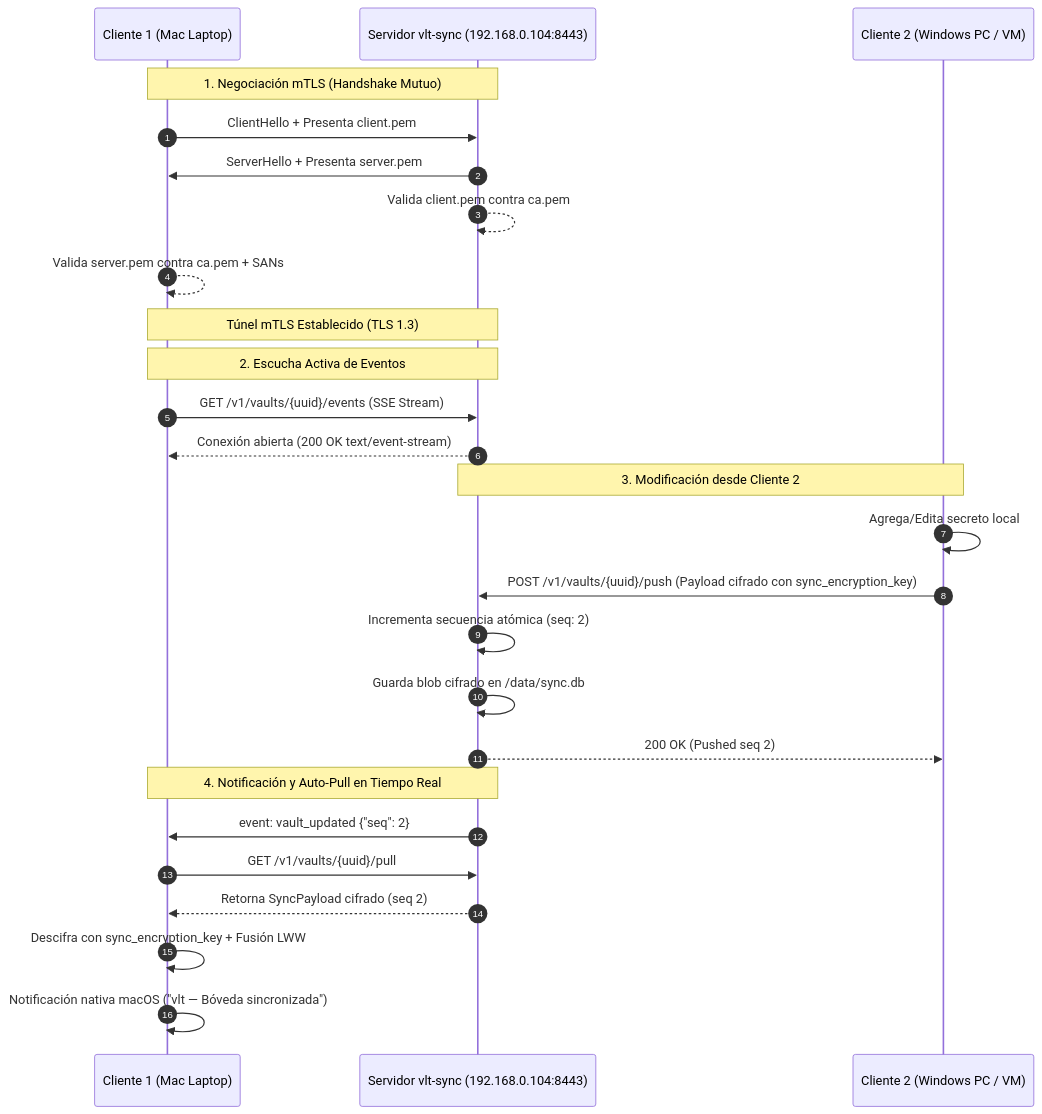
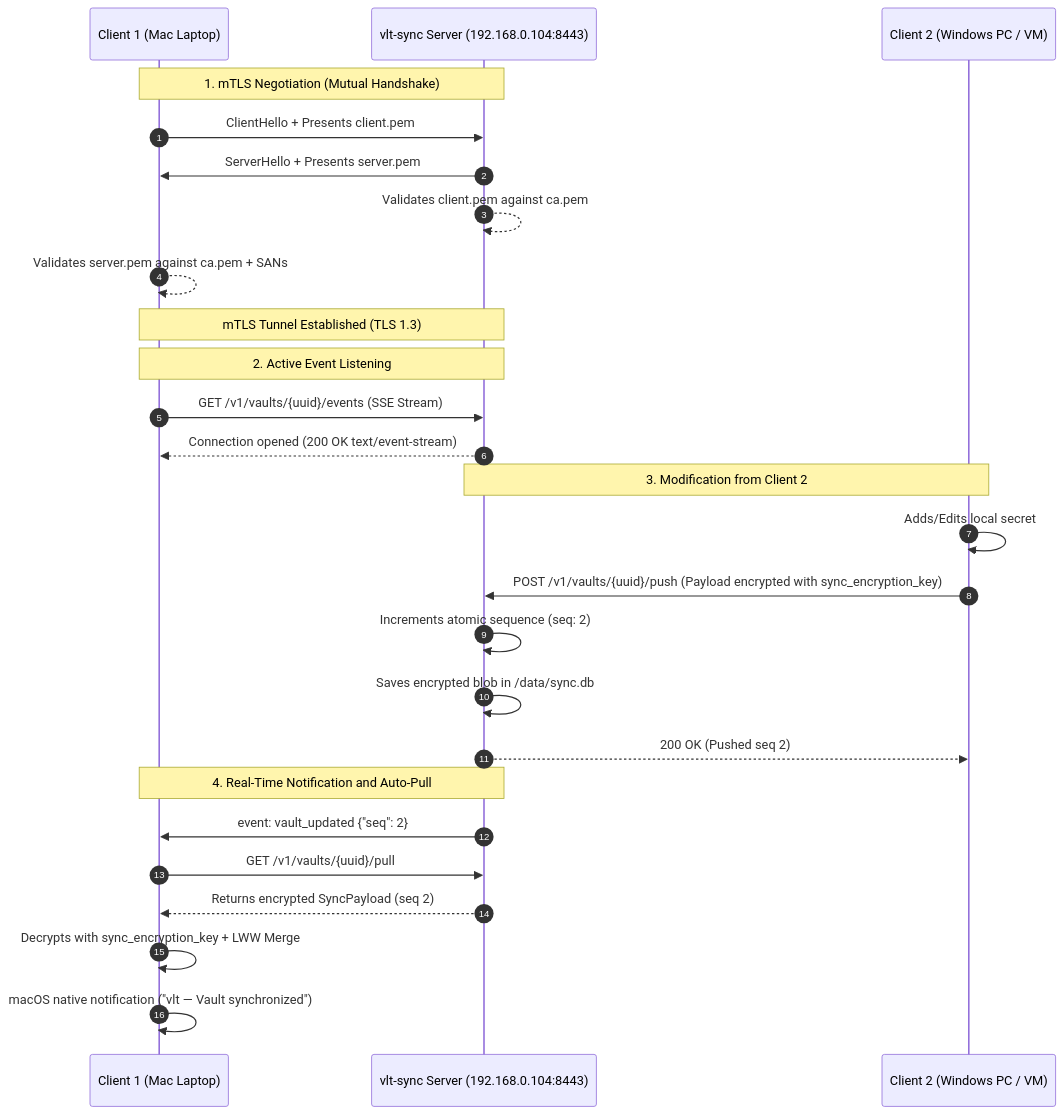
The third of 3 diagrams in docs/ARCHITECTURE-MERMAID.md (raynosc/vlt), drawn with Mermaid before and after one commit. The commit also changed other lines of this file and 11 other files, not shown here.

````diff
--- a/docs/ARCHITECTURE-MERMAID.md
+++ b/docs/ARCHITECTURE-MERMAID.md
@@ -119,32 +121,32 @@
 ```mermaid
 sequenceDiagram
     autonumber
-    participant Mac as Cliente 1 (Mac Laptop)
-    participant Server as Servidor vlt-sync (192.168.0.104:8443)
-    participant Win as Cliente 2 (Windows PC / VM)
+    participant Mac as Client 1 (Mac Laptop)
+    participant Server as vlt-sync Server (192.168.0.104:8443)
+    participant Win as Client 2 (Windows PC / VM)
 
-    Note over Mac,Server: 1. Negociación mTLS (Handshake Mutuo)
-    Mac->>Server: ClientHello + Presenta client.pem
-    Server->>Mac: ServerHello + Presenta server.pem
-    Server-->>Server: Valida client.pem contra ca.pem
-    Mac-->>Mac: Valida server.pem contra ca.pem + SANs
-    Note over Mac,Server: Túnel mTLS Establecido (TLS 1.3)
+    Note over Mac,Server: 1. mTLS Negotiation (Mutual Handshake)
+    Mac->>Server: ClientHello + Presents client.pem
+    Server->>Mac: ServerHello + Presents server.pem
+    Server-->>Server: Validates client.pem against ca.pem
+    Mac-->>Mac: Validates server.pem against ca.pem + SANs
+    Note over Mac,Server: mTLS Tunnel Established (TLS 1.3)
 
-    Note over Mac,Server: 2. Escucha Activa de Eventos
+    Note over Mac,Server: 2. Active Event Listening
     Mac->>Server: GET /v1/vaults/{uuid}/events (SSE Stream)
-    Server-->>Mac: Conexión abierta (200 OK text/event-stream)
+    Server-->>Mac: Connection opened (200 OK text/event-stream)
 
-    Note over Win,Server: 3. Modificación desde Cliente 2
-    Win->>Win: Agrega/Edita secreto local
-    Win->>Server: POST /v1/vaults/{uuid}/push (Payload cifrado con sync_encryption_key)
-    Server->>Server: Incrementa secuencia atómica (seq: 2)
-    Server->>Server: Guarda blob cifrado en /data/sync.db
+    Note over Win,Server: 3. Modification from Client 2
+    Win->>Win: Adds/Edits local secret
+    Win->>Server: POST /v1/vaults/{uuid}/push (Payload encrypted with sync_encryption_key)
+    Server->>Server: Increments atomic sequence (seq: 2)
+    Server->>Server: Saves encrypted blob in /data/sync.db
     Server-->>Win: 200 OK (Pushed seq 2)
 
-    Note over Server,Mac: 4. Notificación y Auto-Pull en Tiempo Real
+    Note over Server,Mac: 4. Real-Time Notification and Auto-Pull
     Server->>Mac: event: vault_updated {"seq": 2}
     Mac->>Server: GET /v1/vaults/{uuid}/pull
-    Server-->>Mac: Retorna SyncPayload cifrado (seq 2)
-    Mac->>Mac: Descifra con sync_encryption_key + Fusión LWW
-    Mac->>Mac: Notificación nativa macOS ("vlt — Bóveda sincronizada")
+    Server-->>Mac: Returns encrypted SyncPayload (seq 2)
+    Mac->>Mac: Decrypts with sync_encryption_key + LWW Merge
+    Mac->>Mac: macOS native notification ("vlt — Vault synchronized")
 ```
````
